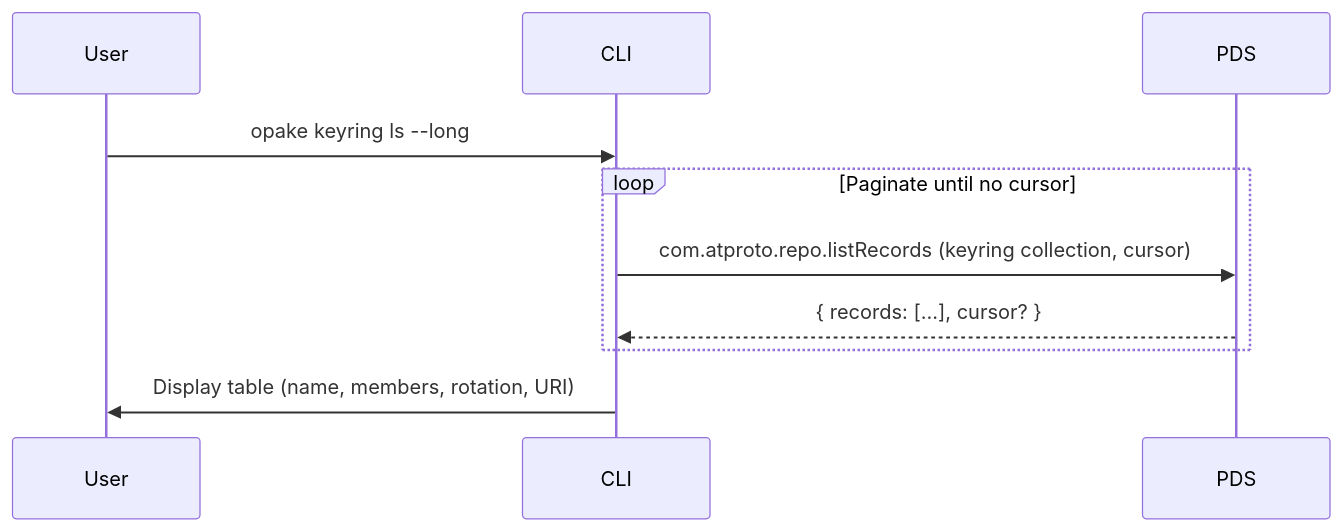
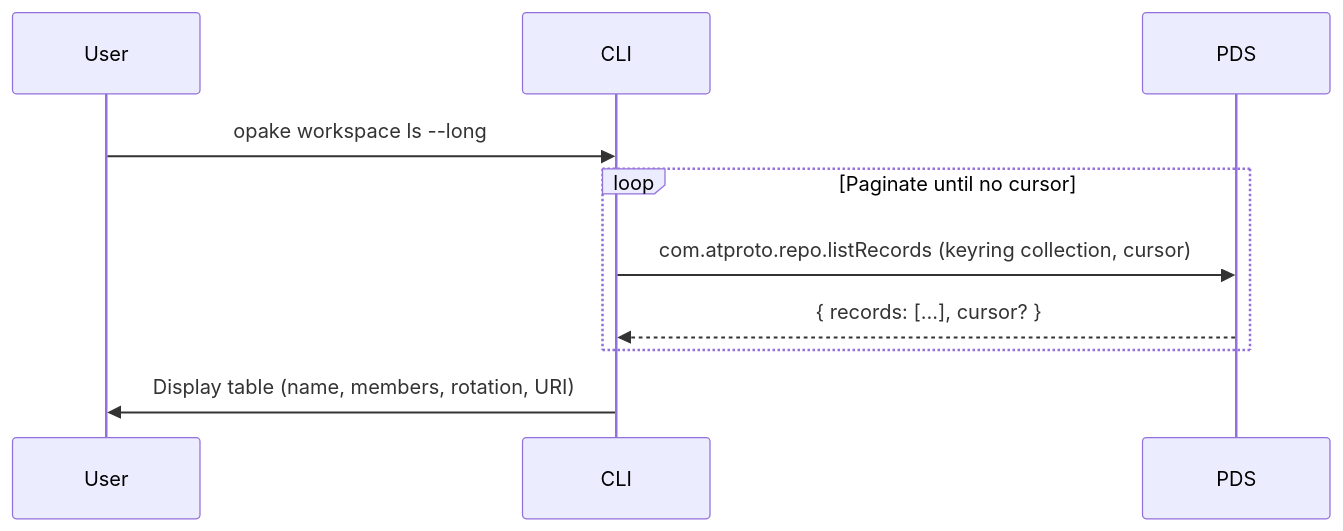
One commit to Sans-Self/Opake changed the third of 7 diagrams in docs/flows/keyrings.md. Above: the diagram before and after it, drawn with Mermaid. The commit also changed other lines of this file and 363 other files, not shown here.

````diff
--- a/docs/flows/keyrings.md
+++ b/docs/flows/keyrings.md
@@ -61,15 +61,15 @@
 ```mermaid
 sequenceDiagram
     participant User
     participant CLI
     participant PDS
 
-    User->>CLI: opake keyring ls --long
+    User->>CLI: opake workspace ls --long
 
     loop Paginate until no cursor
         CLI->>PDS: com.atproto.repo.listRecords (keyring collection, cursor)
         PDS-->>CLI: { records: [...], cursor? }
     end
 
     CLI->>User: Display table (name, members, rotation, URI)
 ```
````
